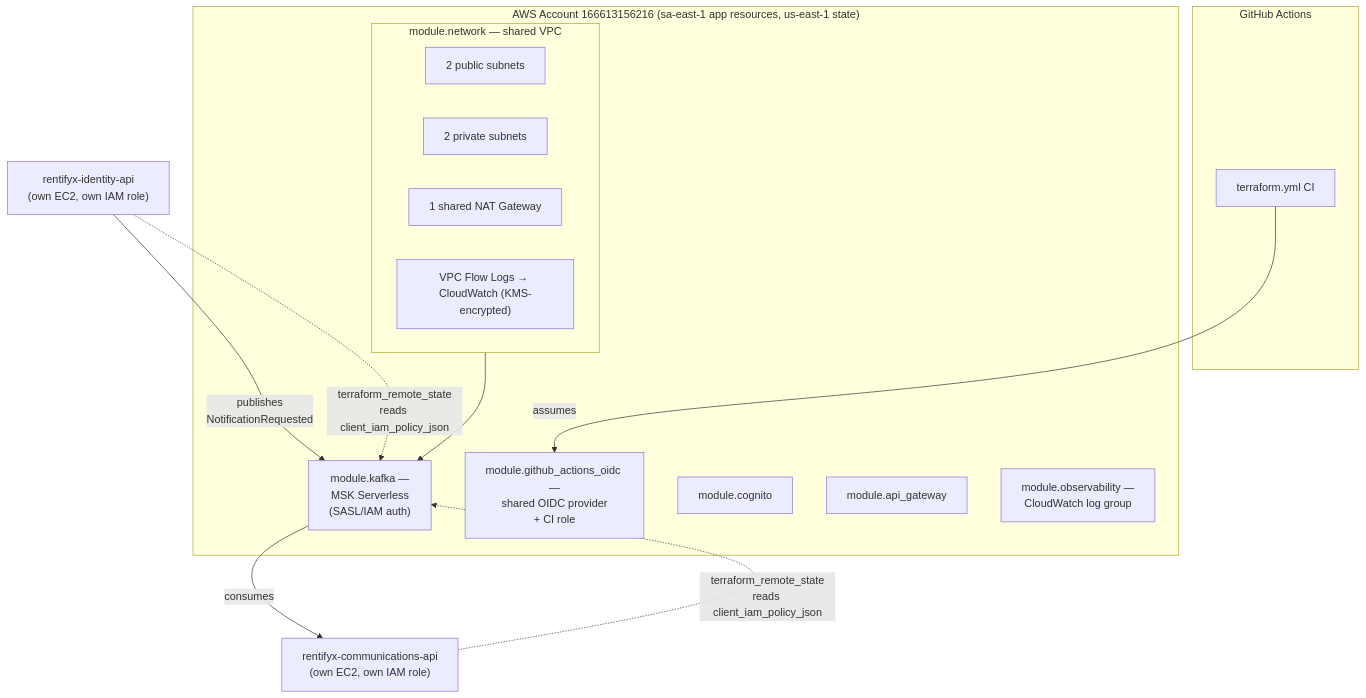
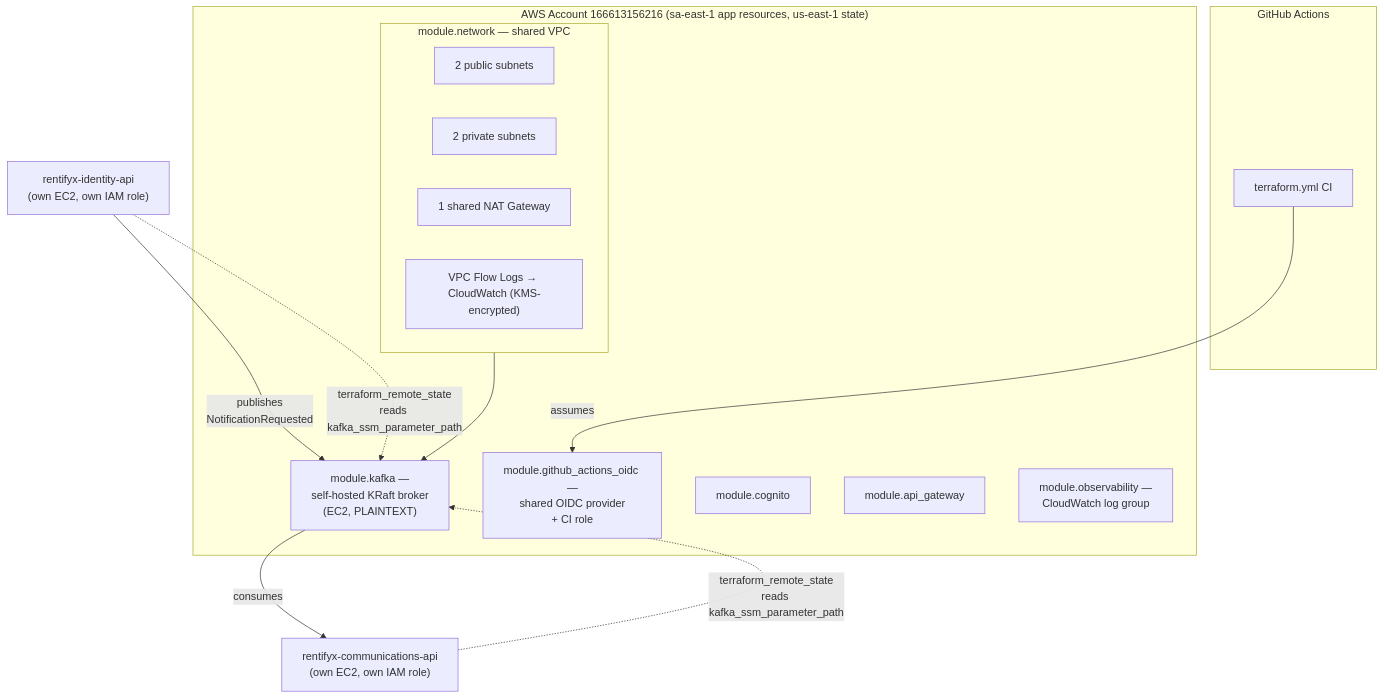
One commit to eugeniobandeira/rentifyx-platform changed the diagram in README.md. Above: the diagram before and after it, drawn with Mermaid. The commit also changed other lines of this file and 13 other files, not shown here.

First line of the commit message:
feat(kafka): replace MSK Serverless with self-hosted KRaft broker (#7)

````diff
--- a/README.md
+++ b/README.md
@@ -27,32 +27,32 @@
 ```mermaid
 flowchart TB
     subgraph GH["GitHub Actions"]
         CI["terraform.yml CI"]
     end
 
     subgraph AWS["AWS Account 166613156216 (sa-east-1 app resources, us-east-1 state)"]
         subgraph VPC["module.network — shared VPC"]
             Pub["2 public subnets"]
             Priv["2 private subnets"]
             NAT["1 shared NAT Gateway"]
             FlowLogs["VPC Flow Logs → CloudWatch (KMS-encrypted)"]
         end
 
-        MSK["module.kafka —<br/>MSK Serverless<br/>(SASL/IAM auth)"]
+        MSK["module.kafka —<br/>self-hosted KRaft broker<br/>(EC2, PLAINTEXT)"]
         OIDC["module.github_actions_oidc —<br/>shared OIDC provider<br/>+ CI role"]
         Cognito["module.cognito"]
         APIGW["module.api_gateway"]
         Obs["module.observability —<br/>CloudWatch log group"]
 
         VPC --> MSK
     end
 
     IdentityAPI["rentifyx-identity-api<br/>(own EC2, own IAM role)"]
     CommsAPI["rentifyx-communications-api<br/>(own EC2, own IAM role)"]
 
     IdentityAPI -->|"publishes<br/>NotificationRequested"| MSK
     MSK -->|"consumes"| CommsAPI
-    IdentityAPI -.->|"terraform_remote_state<br/>reads client_iam_policy_json"| MSK
-    CommsAPI -.->|"terraform_remote_state<br/>reads client_iam_policy_json"| MSK
+    IdentityAPI -.->|"terraform_remote_state<br/>reads kafka_ssm_parameter_path"| MSK
+    CommsAPI -.->|"terraform_remote_state<br/>reads kafka_ssm_parameter_path"| MSK
     CI -->|"assumes"| OIDC
 ```
````
